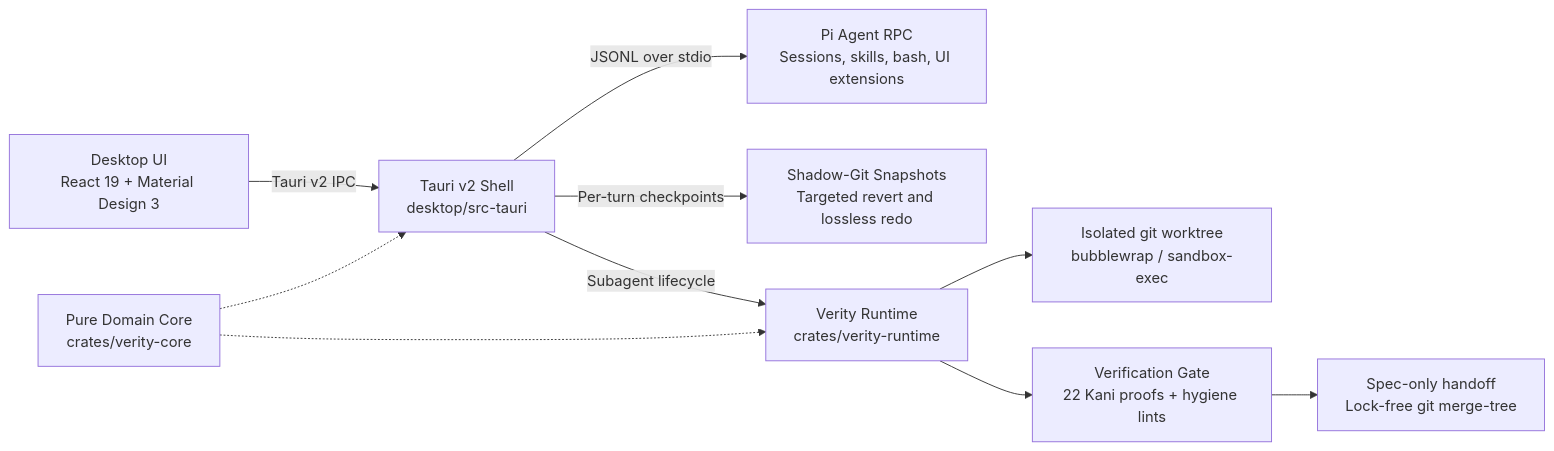
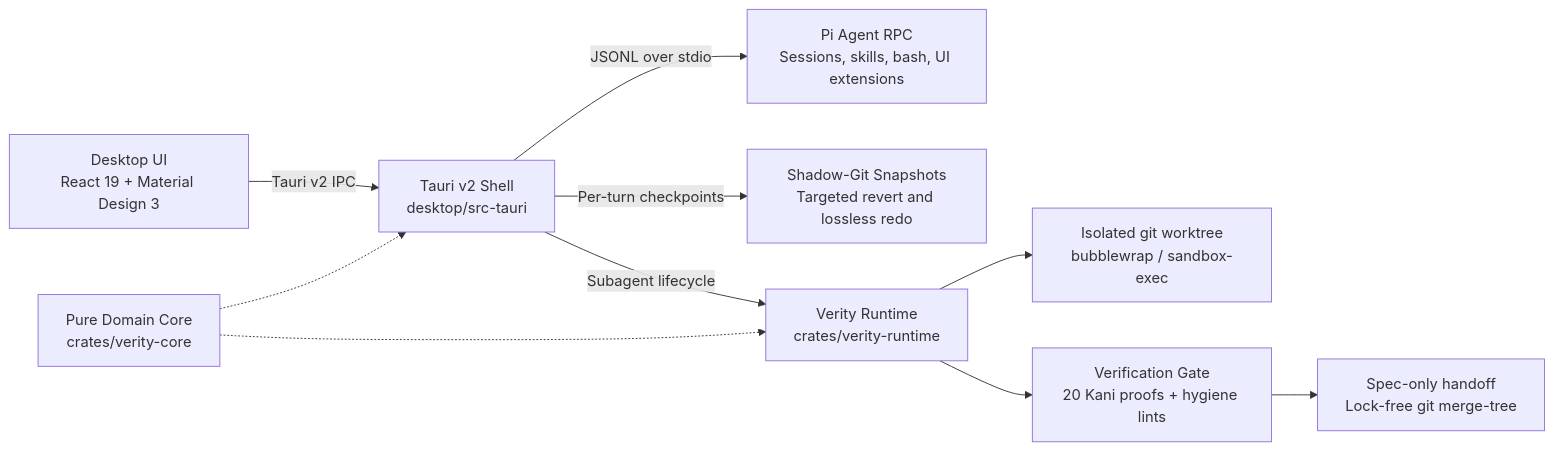
Before and after one commit to RoyCoding8/verity-sandbox: the diagram in README.md, drawn with Mermaid. The commit also changed other lines of this file, not shown here.

Commit message:
docs: align README Kani proof count to consolidated 20 harnesses

````diff
--- a/README.md
+++ b/README.md
@@ -22,12 +22,12 @@
 ```mermaid
 flowchart LR
     UI["Desktop UI<br/>React 19 + Material Design 3"] -->|Tauri v2 IPC| Shell["Tauri v2 Shell<br/>desktop/src-tauri"]
     Shell -->|JSONL over stdio| Pi["Pi Agent RPC<br/>Sessions, skills, bash, UI extensions"]
     Shell -->|Per-turn checkpoints| Shadow["Shadow-Git Snapshots<br/>Targeted revert and lossless redo"]
     Shell -->|Subagent lifecycle| Runtime["Verity Runtime<br/>crates/verity-runtime"]
     Runtime --> Worktree["Isolated git worktree<br/>bubblewrap / sandbox-exec"]
-    Runtime --> Gate["Verification Gate<br/>22 Kani proofs + hygiene lints"]
+    Runtime --> Gate["Verification Gate<br/>20 Kani proofs + hygiene lints"]
     Gate --> Merge["Spec-only handoff<br/>Lock-free git merge-tree"]
     Core["Pure Domain Core<br/>crates/verity-core"] -.-> Runtime
     Core -.-> Shell
 ```
````
